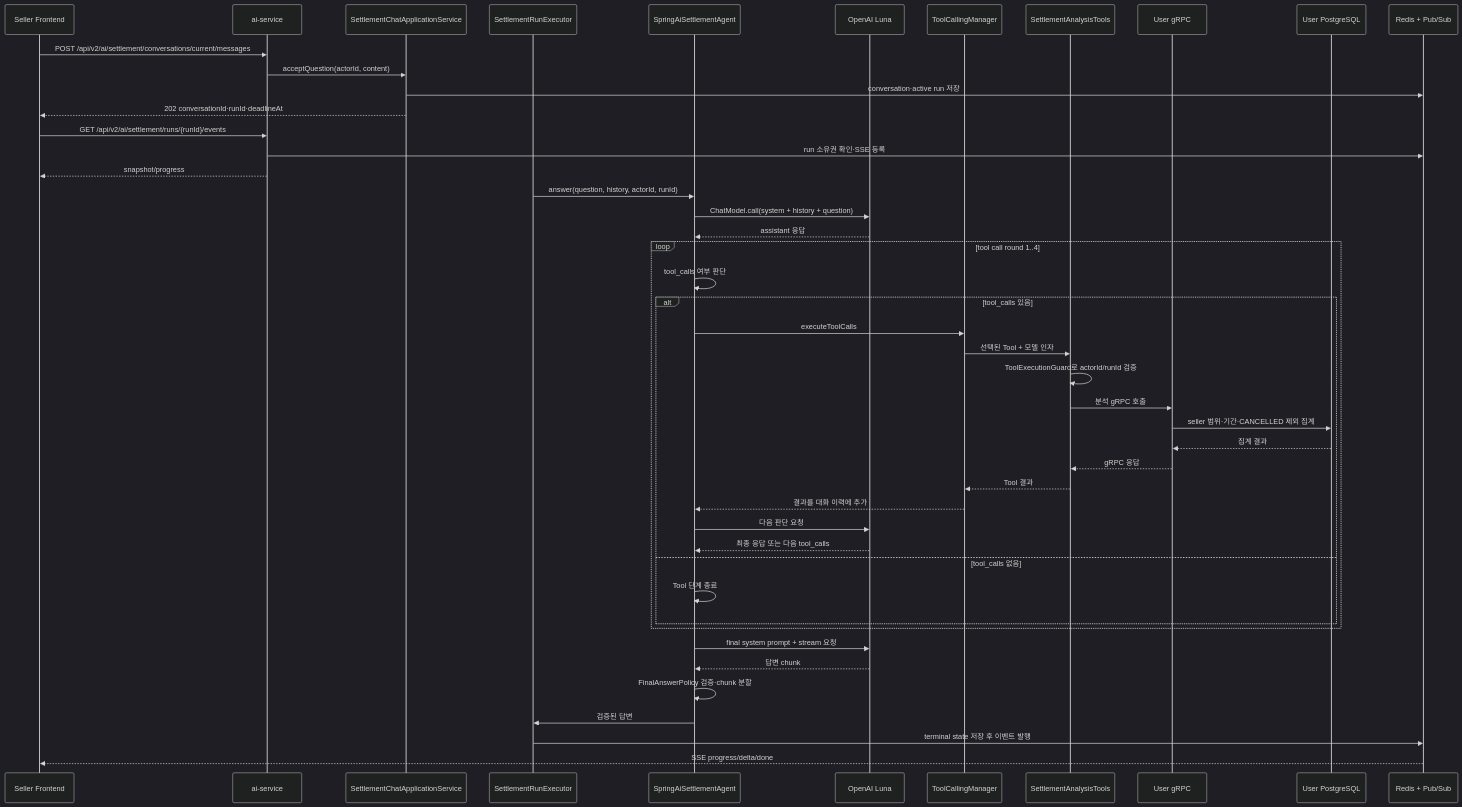
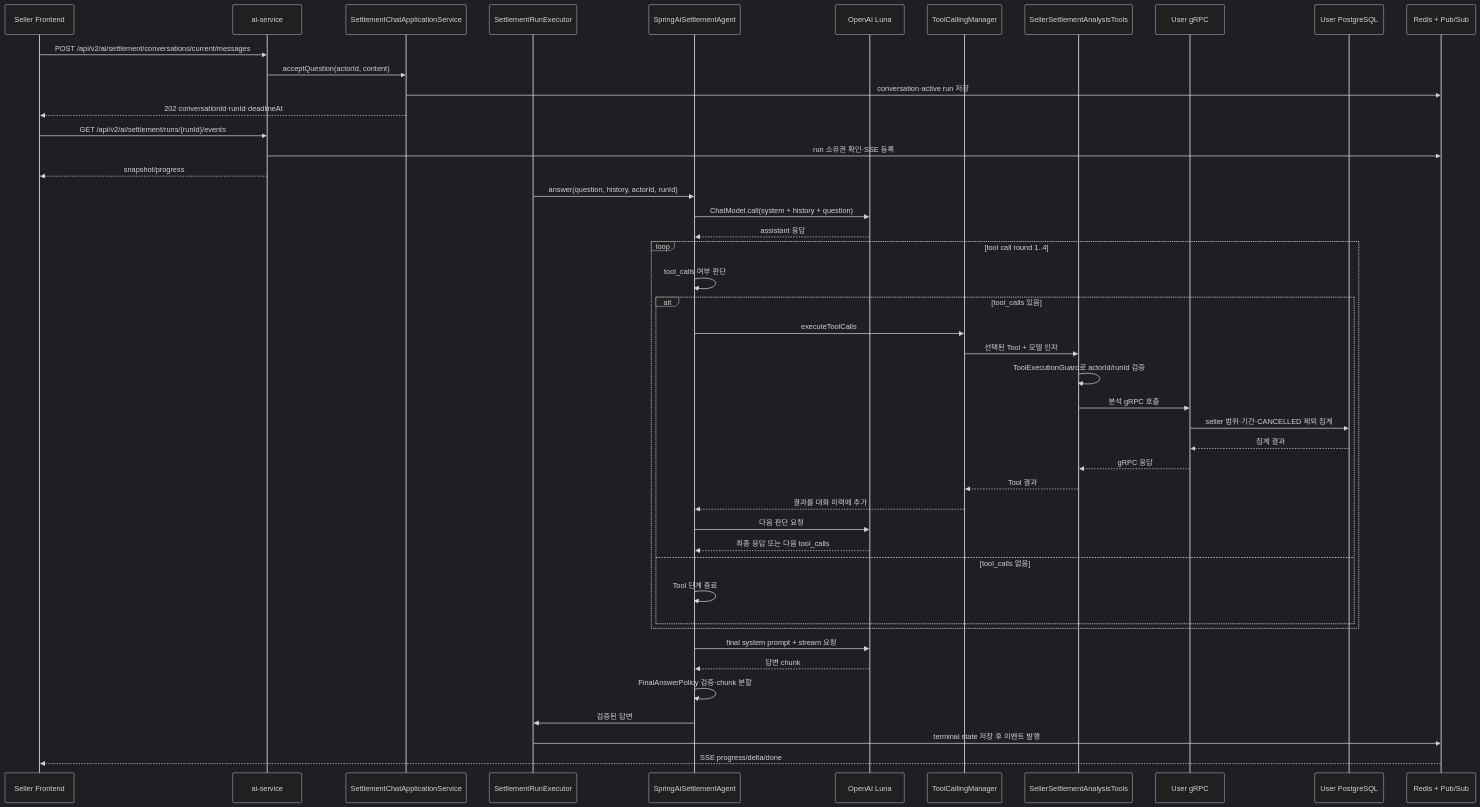
Before and after one commit to prgrms-be-adv-devcourse/beadv6_6_3JMT_BE: the first of 2 diagrams in docs/api-spec/ai.md, drawn with Mermaid (dark theme). The commit also changed 69 other files, not shown here.

````diff
--- a/docs/api-spec/ai.md
+++ b/docs/api-spec/ai.md
@@ -48,52 +48,52 @@
 ```mermaid
 sequenceDiagram
     participant F as Seller Frontend
     participant AI as ai-service
     participant C as SettlementChatApplicationService
     participant E as SettlementRunExecutor
     participant AG as SpringAiSettlementAgent
     participant O as OpenAI Luna
     participant TM as ToolCallingManager
-    participant T as SettlementAnalysisTools
+    participant T as SellerSettlementAnalysisTools
     participant U as User gRPC
     participant DB as User PostgreSQL
     participant S as Redis + Pub/Sub
 
     F->>AI: POST /api/v2/ai/settlement/conversations/current/messages
     AI->>C: acceptQuestion(actorId, content)
     C->>S: conversation·active run 저장
     C-->>F: 202 conversationId·runId·deadlineAt
     F->>AI: GET /api/v2/ai/settlement/runs/{runId}/events
     AI->>S: run 소유권 확인·SSE 등록
     AI-->>F: snapshot/progress
 
     E->>AG: answer(question, history, actorId, runId)
     AG->>O: ChatModel.call(system + history + question)
     O-->>AG: assistant 응답
 
     loop tool call round 1..4
         AG->>AG: tool_calls 여부 판단
         alt tool_calls 있음
             AG->>TM: executeToolCalls
             TM->>T: 선택된 Tool + 모델 인자
             T->>T: ToolExecutionGuard로 actorId/runId 검증
             T->>U: 분석 gRPC 호출
             U->>DB: seller 범위·기간·CANCELLED 제외 집계
             DB-->>U: 집계 결과
             U-->>T: gRPC 응답
             T-->>TM: Tool 결과
             TM-->>AG: 결과를 대화 이력에 추가
             AG->>O: 다음 판단 요청
             O-->>AG: 최종 응답 또는 다음 tool_calls
         else tool_calls 없음
             AG->>AG: Tool 단계 종료
         end
     end
 
     AG->>O: final system prompt + stream 요청
     O-->>AG: 답변 chunk
     AG->>AG: FinalAnswerPolicy 검증·chunk 분할
     AG->>E: 검증된 답변
     E->>S: terminal state 저장 후 이벤트 발행
     S-->>F: SSE progress/delta/done
 ```
````
